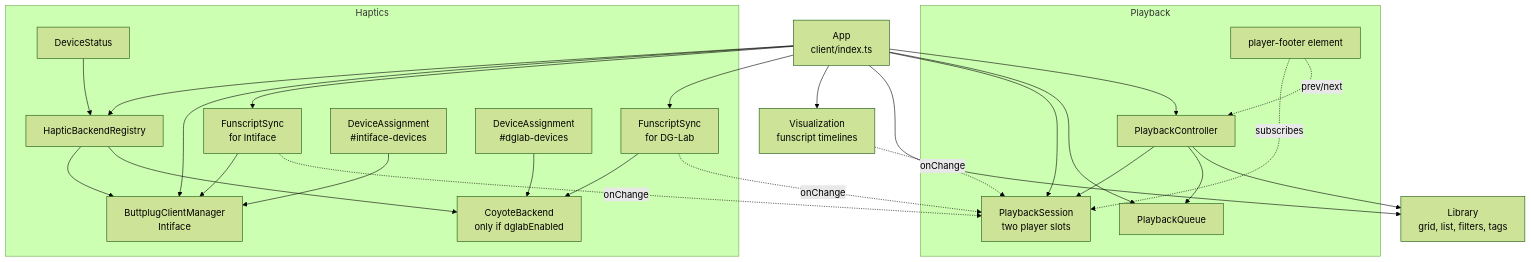
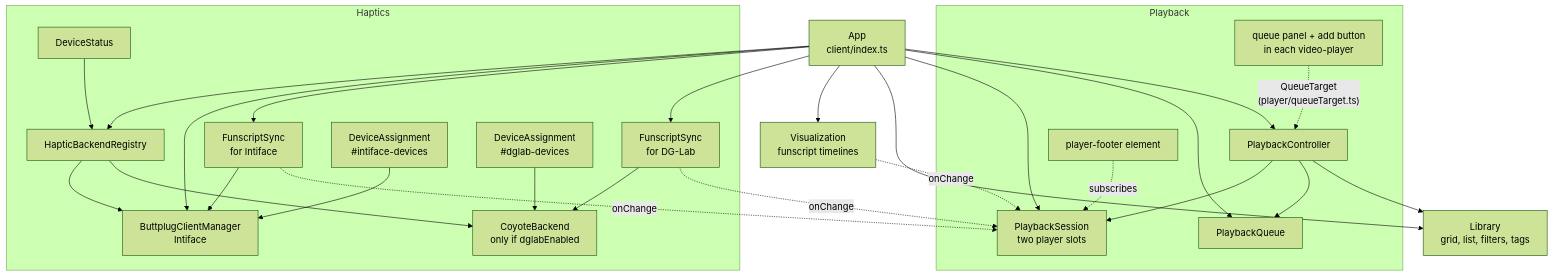
The first of 5 diagrams in docs/developer/client.md (lumbar-spine-support/docker-haptic-player), drawn with Mermaid (forest theme) before and after one commit. The commit also changed other lines of this file and 5 other files, not shown here.

First line of the commit message:
docs: playback queue, queue panel and saving as a playlist

````diff
--- a/docs/developer/client.md
+++ b/docs/developer/client.md
@@ -11,40 +11,41 @@
 ```mermaid
 flowchart TD
   App["App<br/>client/index.ts"]
 
   subgraph playback["Playback"]
     Session["PlaybackSession<br/>two player slots"]
     Queue["PlaybackQueue"]
     Controller["PlaybackController"]
     Footer["player-footer element"]
+    QueueUI["queue panel + add button<br/>in each video-player"]
   end
 
   subgraph haptics["Haptics"]
     Registry["HapticBackendRegistry"]
     BP["ButtplugClientManager<br/>Intiface"]
     Coyote["CoyoteBackend<br/>only if dglabEnabled"]
     SyncI["FunscriptSync<br/>for Intiface"]
     SyncD["FunscriptSync<br/>for DG-Lab"]
     Status["DeviceStatus"]
     AssignI["DeviceAssignment<br/>#intiface-devices"]
     AssignD["DeviceAssignment<br/>#dglab-devices"]
   end
 
   Viz["Visualization<br/>funscript timelines"]
   Lib["Library<br/>grid, list, filters, tags"]
 
   App --> Session & Queue & Controller & Registry & BP & Viz & Lib
   Controller --> Session & Queue & Lib
   Footer -. subscribes .-> Session
-  Footer -. "prev/next" .-> Controller
+  QueueUI -. "QueueTarget<br/>(player/queueTarget.ts)" .-> Controller
 
   Registry --> BP & Coyote
   App --> SyncI & SyncD
   SyncI --> BP
   SyncD --> Coyote
   SyncI & SyncD -. "onChange" .-> Session
   Status --> Registry
   AssignI --> BP
   AssignD --> Coyote
   Viz -. "onChange" .-> Session
 ```
````
